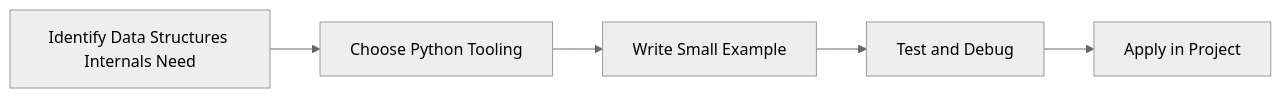
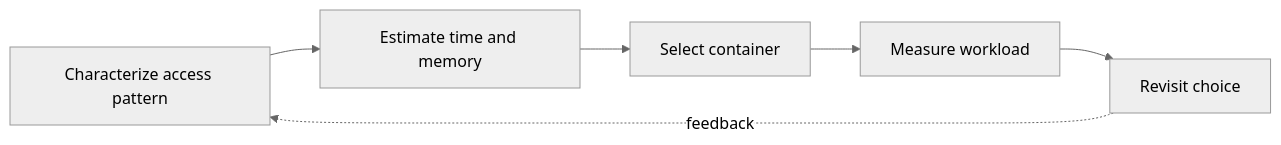
One commit to SYMOIZ/E-Learning-Portal changed the diagram in Python-Mastery/Advanced/01-data-structures-internals.md. Above: the diagram before and after it, drawn with Mermaid (neutral theme). The commit also changed other lines of this file and 116 other files, not shown here.

````diff
--- a/Python-Mastery/Advanced/01-data-structures-internals.md
+++ b/Python-Mastery/Advanced/01-data-structures-internals.md
@@ -124,7 +156,8 @@
 ```mermaid
 flowchart LR
-    A[Identify Data Structures Internals Need] --> B[Choose Python Tooling]
-    B --> C[Write Small Example]
-    C --> D[Test and Debug]
-    D --> E[Apply in Project]
+    A[Characterize access pattern] --> B[Estimate time and memory]
+    B --> C[Select container]
+    C --> D[Measure workload]
+    D --> E[Revisit choice]
+    E -. feedback .-> A
 ```
````
